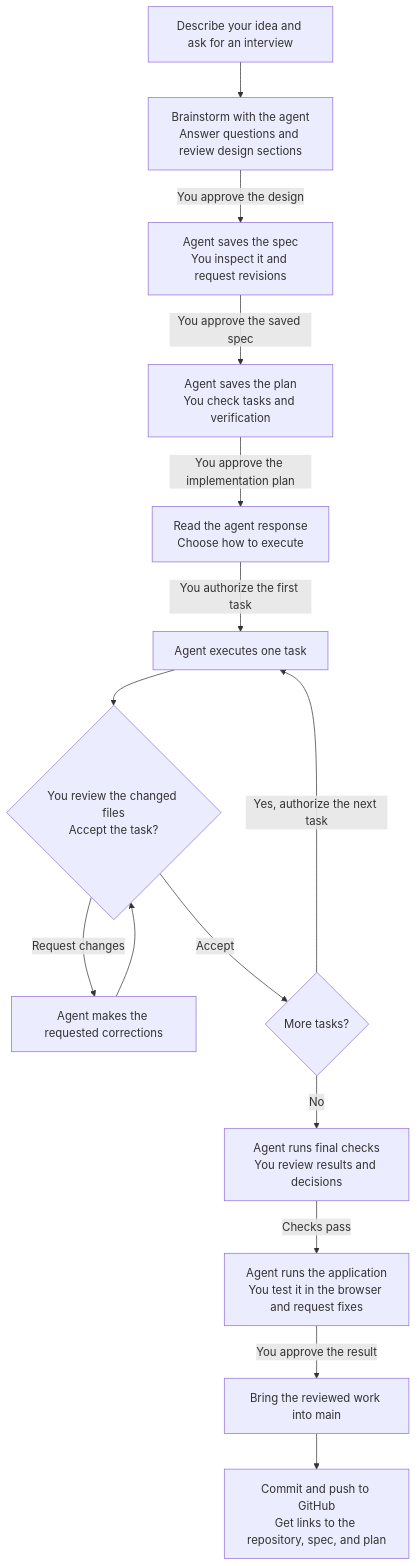
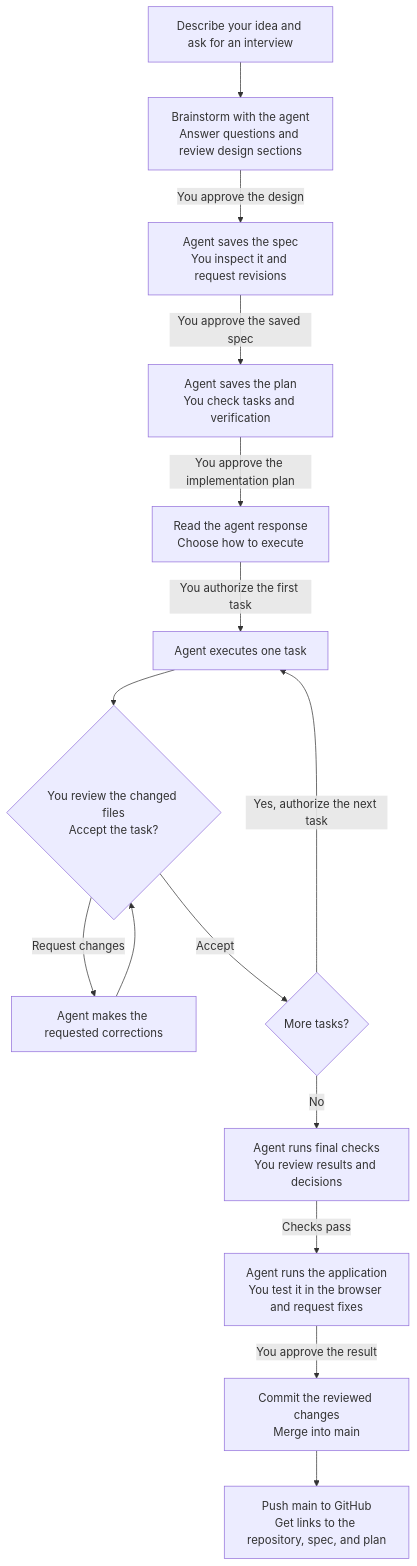
One commit to LMU-ISBA/isba-4775-fa26 changed the second of 2 diagrams in guides/resume-site-in-codespaces.md. Above: the diagram before and after it, drawn with Mermaid. The commit also changed other lines of this file, not shown here.

Commit message:
Correct lesson sequence to commit before merging

````diff
--- a/guides/resume-site-in-codespaces.md
+++ b/guides/resume-site-in-codespaces.md
@@ -195,31 +195,31 @@
 ```mermaid
 flowchart TD
     idea["Describe your idea and ask for an interview"]
     design["Brainstorm with the agent<br/>Answer questions and review design sections"]
     spec["Agent saves the spec<br/>You inspect it and request revisions"]
     plan["Agent saves the plan<br/>You check tasks and verification"]
     execution["Read the agent response<br/>Choose how to execute"]
     task["Agent executes one task"]
     review{"You review the changed files<br/>Accept the task?"}
     fix["Agent makes the requested corrections"]
     remaining{"More tasks?"}
     checks["Agent runs final checks<br/>You review results and decisions"]
     preview["Agent runs the application<br/>You test it in the browser and request fixes"]
-    merge["Bring the reviewed work into main"]
-    publish["Commit and push to GitHub<br/>Get links to the repository, spec, and plan"]
+    merge["Commit the reviewed changes<br/>Merge into main"]
+    publish["Push main to GitHub<br/>Get links to the repository, spec, and plan"]
 
     idea --> design
     design -->|You approve the design| spec
     spec -->|You approve the saved spec| plan
     plan -->|You approve the implementation plan| execution
     execution -->|You authorize the first task| task
     task --> review
     review -->|Request changes| fix
     fix --> review
     review -->|Accept| remaining
     remaining -->|Yes, authorize the next task| task
     remaining -->|No| checks
     checks -->|Checks pass| preview
     preview -->|You approve the result| merge
     merge --> publish
 ```
````
